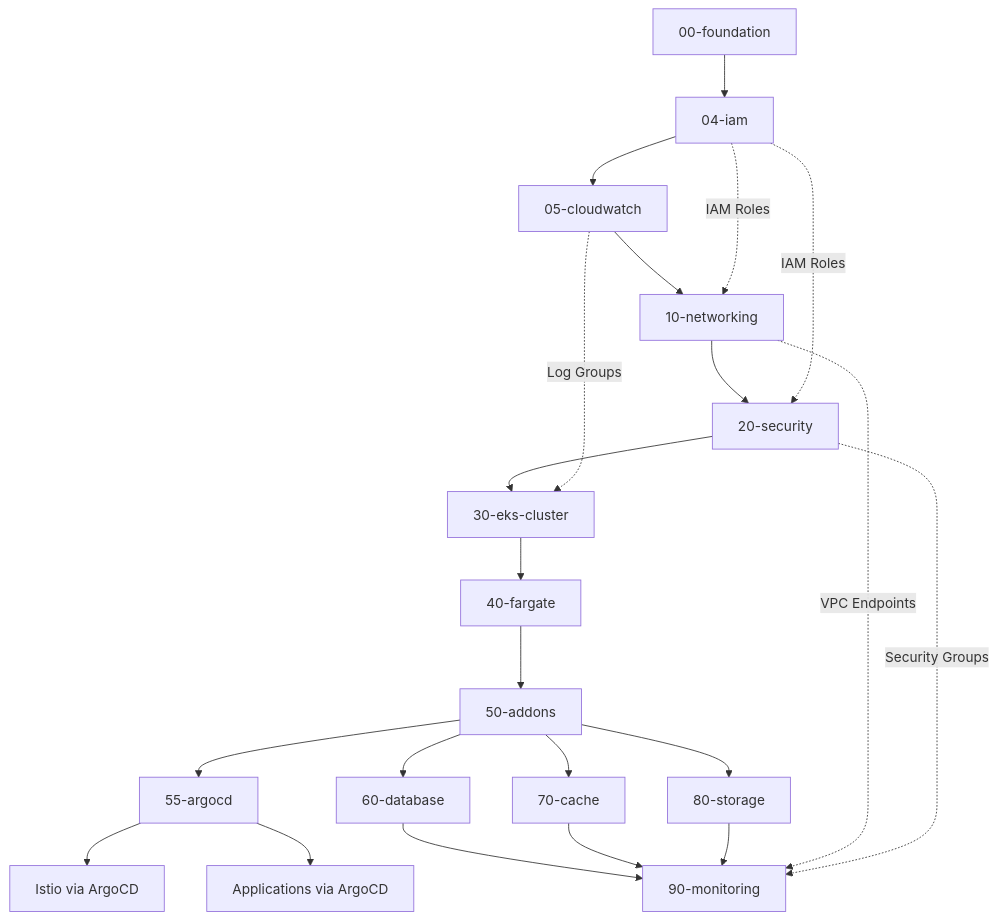
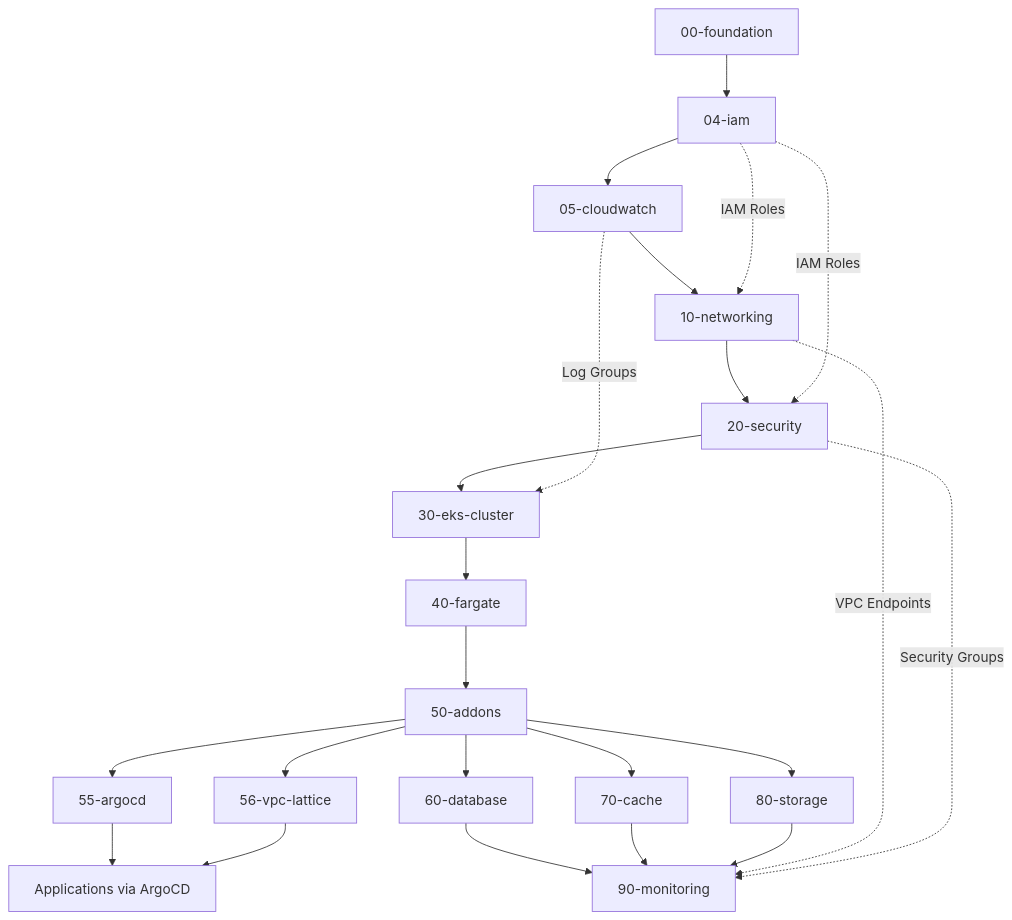
One commit to JSJ2337/AWS_EKS_terraform_code changed the third of 11 diagrams in docs/architecture.md. Above: the diagram before and after it, drawn with Mermaid. The commit also changed other lines of this file and 11 other files, not shown here.

First line of the commit message:
feat: VPC Lattice 모듈 및 레이어 추가

````diff
--- a/docs/architecture.md
+++ b/docs/architecture.md
@@ -117,28 +117,29 @@
 ```mermaid
 flowchart TD
     F[00-foundation] --> IAM[04-iam]
     IAM --> CW[05-cloudwatch]
     CW --> N[10-networking]
     N --> S[20-security]
     S --> EKS[30-eks-cluster]
     EKS --> FG[40-fargate]
     FG --> AD[50-addons]
 
     AD --> ARGO[55-argocd]
+    AD --> LATTICE[56-vpc-lattice]
     AD --> DB[60-database]
     AD --> CA[70-cache]
     AD --> ST[80-storage]
 
-    ARGO --> ISTIO[Istio via ArgoCD]
     ARGO --> APPS[Applications via ArgoCD]
+    LATTICE --> APPS
 
     DB --> MO[90-monitoring]
     CA --> MO
     ST --> MO
 
     IAM -.->|IAM Roles| N
     IAM -.->|IAM Roles| S
     N -.->|VPC Endpoints| MO
     S -.->|Security Groups| MO
     CW -.->|Log Groups| EKS
 ```
````
